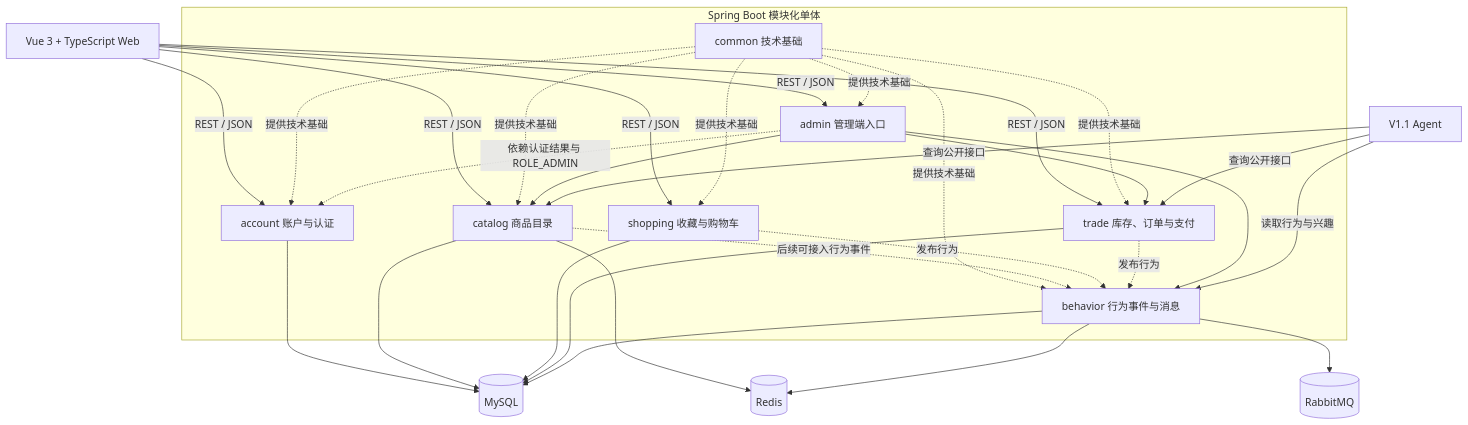
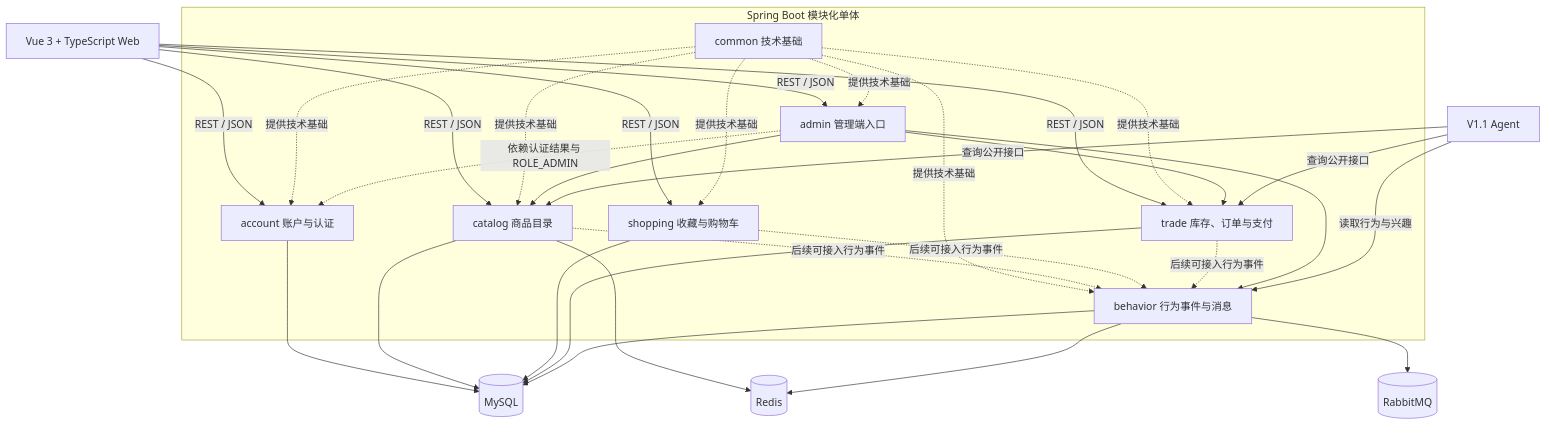
One commit to XMU-Linjer/persona-flow-commerce changed the third of 15 diagrams in docs/v1.0-architecture.md. Above: the diagram before and after it, drawn with Mermaid. The commit also changed other lines of this file and 2 other files, not shown here.

````diff
--- a/docs/v1.0-architecture.md
+++ b/docs/v1.0-architecture.md
@@ -95,54 +95,54 @@
 ```mermaid
 flowchart TB
     Web[Vue 3 + TypeScript Web]
 
     subgraph Server[Spring Boot 模块化单体]
         Common[common 技术基础]
         Account[account 账户与认证]
         Catalog[catalog 商品目录]
         Shopping[shopping 收藏与购物车]
         Trade[trade 库存、订单与支付]
         Behavior[behavior 行为事件与消息]
         Admin[admin 管理端入口]
     end
 
     MySQL[(MySQL)]
     Redis[(Redis)]
     MQ[(RabbitMQ)]
     Agent[V1.1 Agent]
 
     Web -->|REST / JSON| Account
     Web -->|REST / JSON| Catalog
     Web -->|REST / JSON| Shopping
     Web -->|REST / JSON| Trade
     Web -->|REST / JSON| Admin
 
     Common -.提供技术基础.-> Account
     Common -.提供技术基础.-> Catalog
     Common -.提供技术基础.-> Shopping
     Common -.提供技术基础.-> Trade
     Common -.提供技术基础.-> Behavior
     Common -.提供技术基础.-> Admin
 
     Account --> MySQL
     Catalog --> MySQL
     Catalog --> Redis
     Shopping --> MySQL
     Trade --> MySQL
     Behavior --> MySQL
     Behavior --> Redis
     Behavior --> MQ
 
     Catalog -.后续可接入行为事件.-> Behavior
-    Shopping -.发布行为.-> Behavior
-    Trade -.发布行为.-> Behavior
+    Shopping -.后续可接入行为事件.-> Behavior
+    Trade -.后续可接入行为事件.-> Behavior
 
     Admin -.依赖认证结果与 ROLE_ADMIN.-> Account
     Admin --> Catalog
     Admin --> Trade
     Admin --> Behavior
 
     Agent -->|查询公开接口| Catalog
     Agent -->|查询公开接口| Trade
     Agent -->|读取行为与兴趣| Behavior
 ```
````
